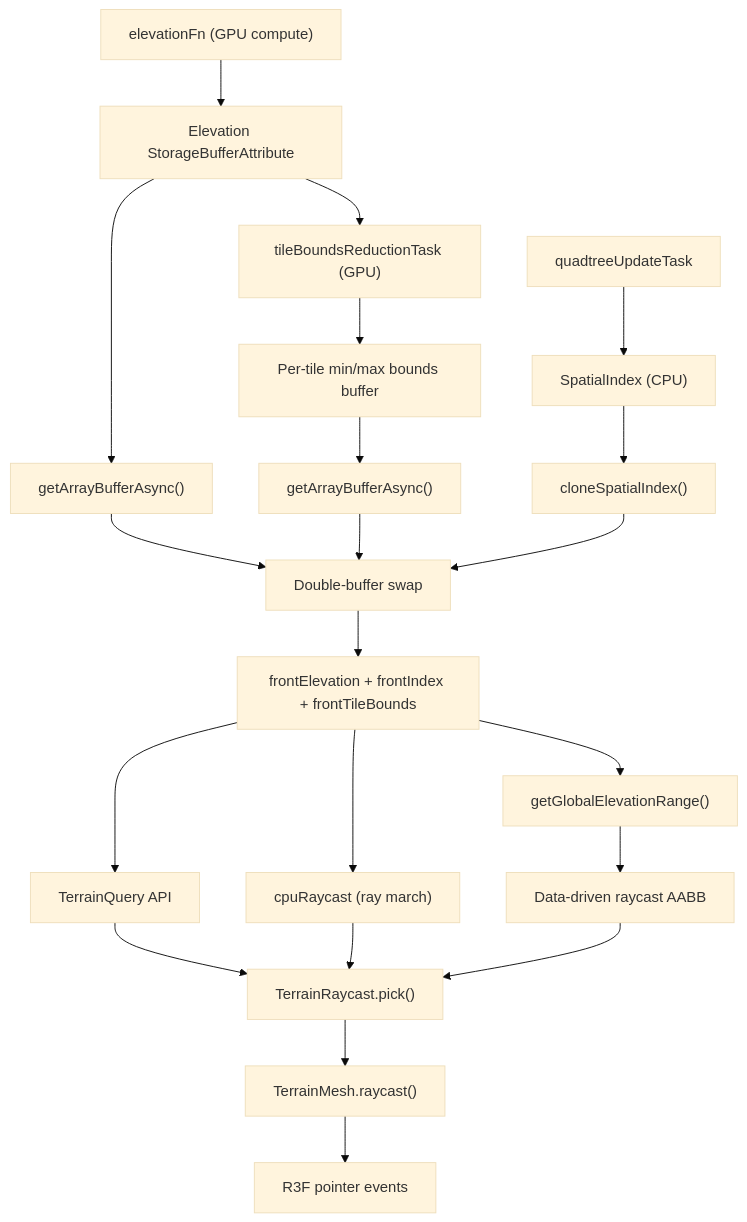
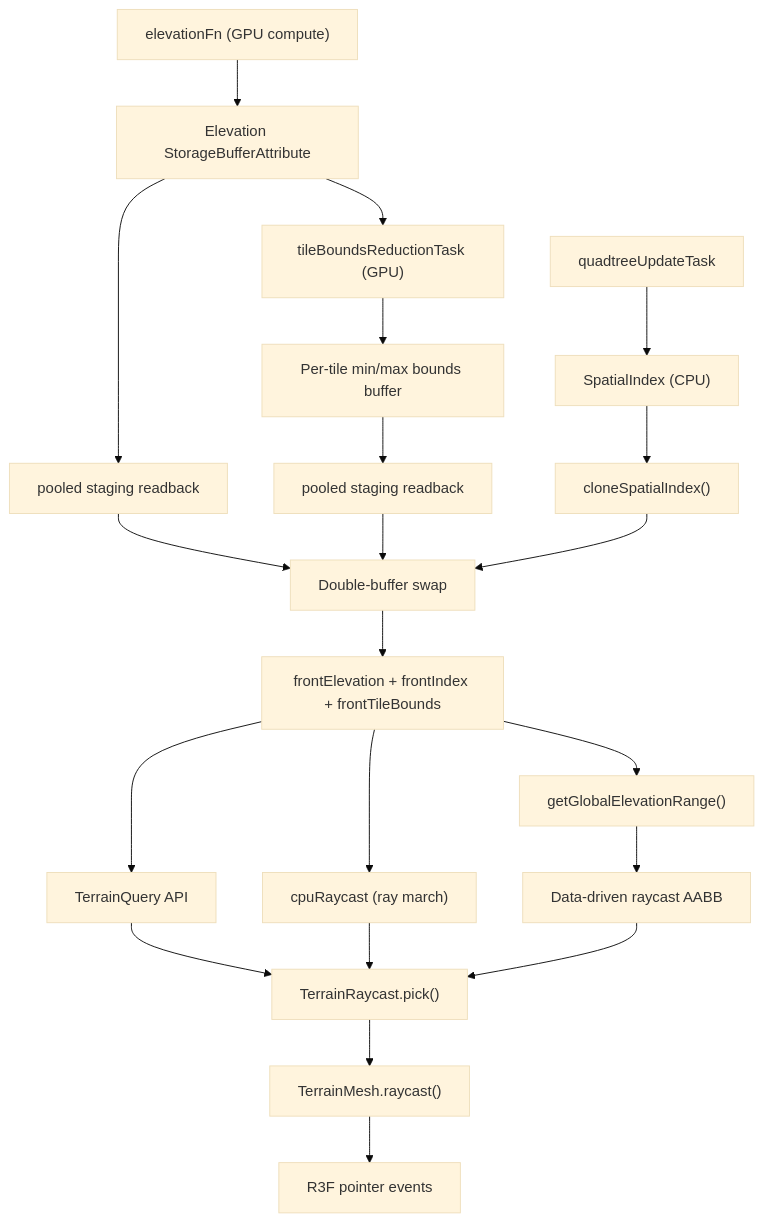
Before and after one commit to kenjinp/hello-terrain: the diagram in apps/docs/content/docs/docs/core/query/how-it-works.mdx, drawn with Mermaid (base theme). The commit also changed other lines of this file and 101 other files, not shown here.

````diff
--- a/apps/docs/content/docs/docs/core/query/how-it-works.mdx
+++ b/apps/docs/content/docs/docs/core/query/how-it-works.mdx
@@ -18,23 +18,23 @@
 ```mermaid
 flowchart TD
     ElevationFn["elevationFn (GPU compute)"] --> ElevationBuffer["Elevation StorageBufferAttribute"]
     ElevationBuffer --> BoundsReduction["tileBoundsReductionTask (GPU)"]
     BoundsReduction --> BoundsBuffer["Per-tile min/max bounds buffer"]
     QuadtreeUpdate["quadtreeUpdateTask"] --> LeafIndex["SpatialIndex (CPU)"]
-    ElevationBuffer --> ElevReadback["getArrayBufferAsync()"]
-    BoundsBuffer --> BoundsReadback["getArrayBufferAsync()"]
+    ElevationBuffer --> ElevReadback["pooled staging readback"]
+    BoundsBuffer --> BoundsReadback["pooled staging readback"]
     LeafIndex --> Clone["cloneSpatialIndex()"]
     ElevReadback --> Swap["Double-buffer swap"]
     BoundsReadback --> Swap
     Clone --> Swap
     Swap --> FrontBuffer["frontElevation + frontIndex + frontTileBounds"]
     FrontBuffer --> TerrainQuery["TerrainQuery API"]
     FrontBuffer --> CpuRaycast["cpuRaycast (ray march)"]
     FrontBuffer --> GlobalRange["getGlobalElevationRange()"]
     GlobalRange --> RaycastAABB["Data-driven raycast AABB"]
     TerrainQuery --> Pick["TerrainRaycast.pick()"]
     CpuRaycast --> Pick
     RaycastAABB --> Pick
     Pick --> ThreeRaycast["TerrainMesh.raycast()"]
     ThreeRaycast --> PointerEvents["R3F pointer events"]
 ```
````
